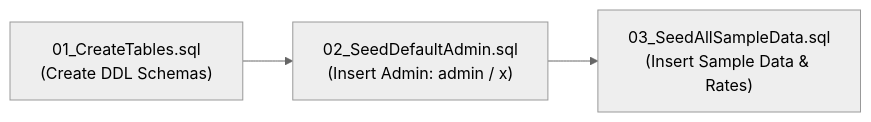
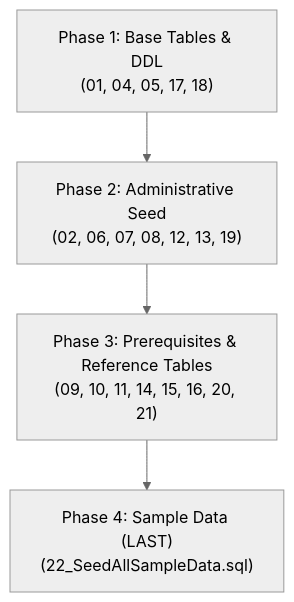
Before and after one commit to christ278/PropertyAssessmentApp: the diagram in SqlScripts/README.md, drawn with Mermaid (neutral theme). The commit also changed other lines of this file and 53 other files, not shown here.

````diff
--- a/SqlScripts/README.md
+++ b/SqlScripts/README.md
@@ -25,4 +50,6 @@
 ```mermaid
-flowchart LR
-    Step1["01_CreateTables.sql<br/>(Create DDL Schemas)"] --> Step2["02_SeedDefaultAdmin.sql<br/>(Insert Admin: admin / x)"] --> Step3["03_SeedAllSampleData.sql<br/>(Insert Sample Data & Rates)"]
+flowchart TD
+    A["Phase 1: Base Tables & DDL<br/>(01, 04, 05, 17, 18)"] --> B["Phase 2: Administrative Seed<br/>(02, 06, 07, 08, 12, 13, 19)"]
+    B --> C["Phase 3: Prerequisites & Reference Tables<br/>(09, 10, 11, 14, 15, 16, 20, 21)"]
+    C --> D["Phase 4: Sample Data (LAST)<br/>(22_SeedAllSampleData.sql)"]
 ```
````
